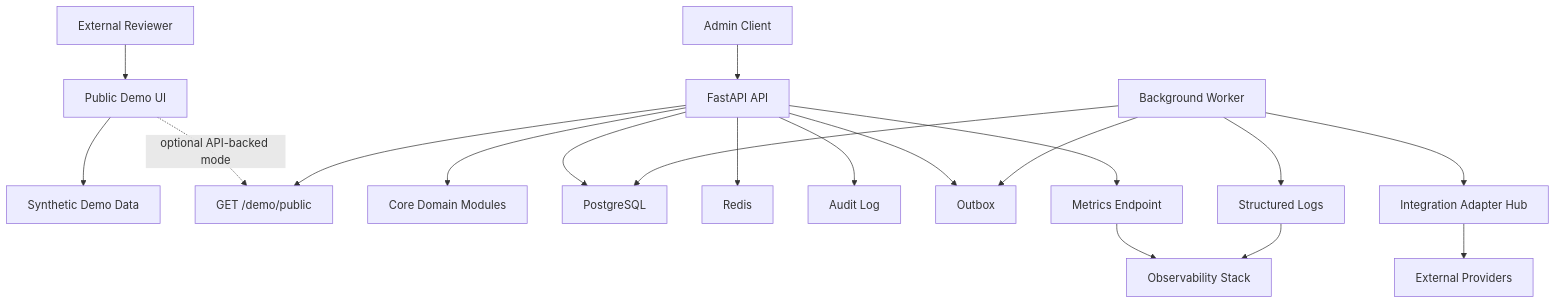
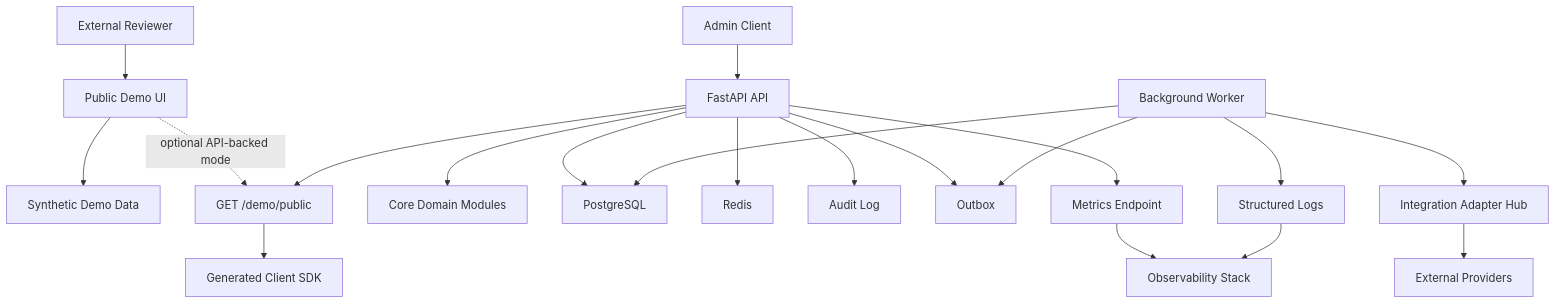
One commit to AlexGerlitz/drivedesk-core changed the first of 6 diagrams in docs/public/SYSTEM_DESIGN.md. Above: the diagram before and after it, drawn with Mermaid. The commit also changed other lines of this file and 17 other files, not shown here.

Commit message:
Add generated public demo SDK

````diff
--- a/docs/public/SYSTEM_DESIGN.md
+++ b/docs/public/SYSTEM_DESIGN.md
@@ -29,24 +29,25 @@
 ```mermaid
 flowchart TB
   Reviewer["External Reviewer"] --> PublicDemo["Public Demo UI"]
   PublicDemo --> StaticData["Synthetic Demo Data"]
   PublicDemo -. "optional API-backed mode" .-> DemoAPI["GET /demo/public"]
 
   AdminClient["Admin Client"] --> API["FastAPI API"]
   API --> DemoAPI
   API --> Domain["Core Domain Modules"]
   API --> Database["PostgreSQL"]
   API --> Cache["Redis"]
   API --> Audit["Audit Log"]
   API --> Outbox["Outbox"]
 
   Worker["Background Worker"] --> Outbox
   Worker --> Database
   Worker --> AdapterHub["Integration Adapter Hub"]
   AdapterHub --> Providers["External Providers"]
 
   API --> Metrics["Metrics Endpoint"]
+  DemoAPI --> SDK["Generated Client SDK"]
   Worker --> Logs["Structured Logs"]
   Metrics --> Observability["Observability Stack"]
   Logs --> Observability
 ```
````
